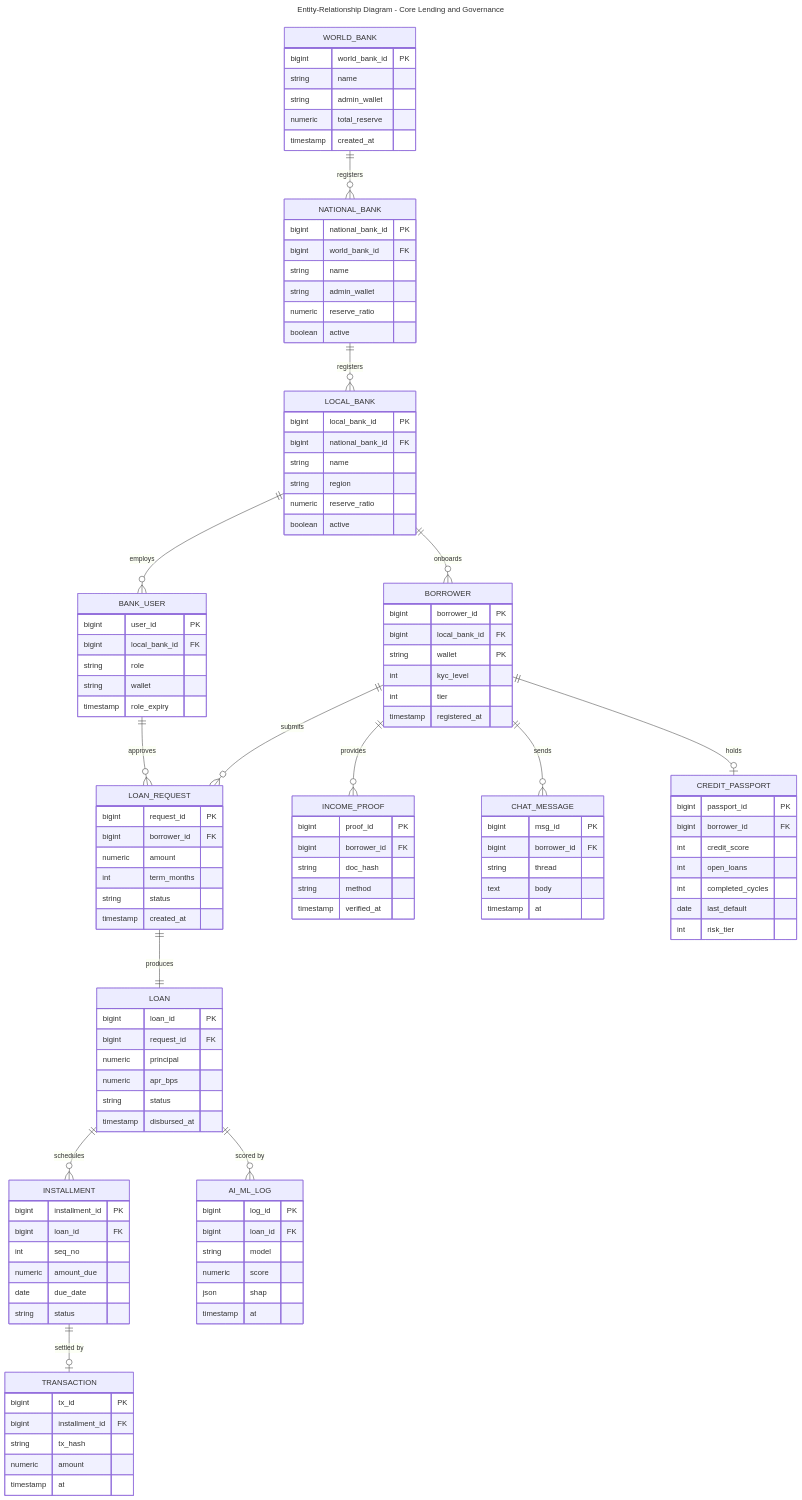
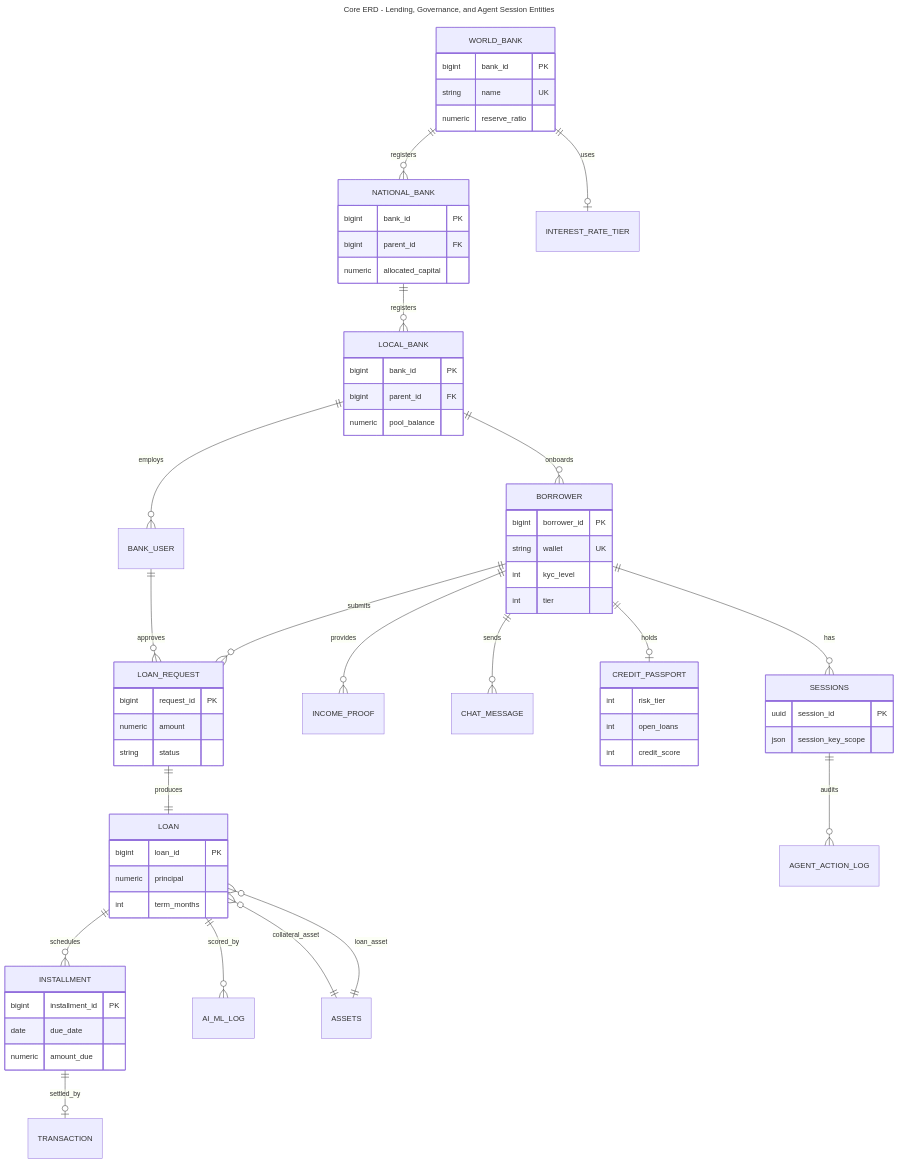
The diagram in Documentation/Diagrams/mermaid-src/improved diagrams/fig-erd-core.mmd (Yuvraajrahman/Cryto-World-Bank), drawn with Mermaid before and after one commit. The commit also changed 272 other files, not shown here.

Commit message:
Diagram Updates

```diff
--- a/Documentation/Diagrams/mermaid-src/improved diagrams/fig-erd-core.mmd
+++ b/Documentation/Diagrams/mermaid-src/improved diagrams/fig-erd-core.mmd
@@ -1,118 +1,72 @@
 ---
-title: Entity-Relationship Diagram - Core Lending and Governance
+title: Core ERD - Lending, Governance, and Agent Session Entities
+config:
+  er:
+    fontSize: 24
+    entityPadding: 24
 ---
 erDiagram
     WORLD_BANK ||--o{ NATIONAL_BANK : registers
     NATIONAL_BANK ||--o{ LOCAL_BANK : registers
     LOCAL_BANK ||--o{ BANK_USER : employs
     LOCAL_BANK ||--o{ BORROWER : onboards
     BORROWER ||--o{ LOAN_REQUEST : submits
     BANK_USER ||--o{ LOAN_REQUEST : approves
     LOAN_REQUEST ||--|| LOAN : produces
-    LOAN ||--o{ INSTALLMENT : "schedules"
-    INSTALLMENT ||--o| TRANSACTION : "settled by"
+    LOAN ||--o{ INSTALLMENT : schedules
+    INSTALLMENT ||--o| TRANSACTION : settled_by
     BORROWER ||--o{ INCOME_PROOF : provides
     BORROWER ||--o{ CHAT_MESSAGE : sends
-    LOAN ||--o{ AI_ML_LOG : "scored by"
+    LOAN ||--o{ AI_ML_LOG : scored_by
     BORROWER ||--o| CREDIT_PASSPORT : holds
+    BORROWER ||--o{ SESSIONS : has
+    SESSIONS ||--o{ AGENT_ACTION_LOG : audits
+    WORLD_BANK ||--o| INTEREST_RATE_TIER : uses
+    LOAN }o--|| ASSETS : collateral_asset
+    LOAN }o--|| ASSETS : loan_asset
 
     WORLD_BANK {
-        bigint world_bank_id PK
-        string name
-        string admin_wallet
-        numeric total_reserve
-        timestamp created_at
+        bigint bank_id PK
+        string name UK
+        numeric reserve_ratio
     }
     NATIONAL_BANK {
-        bigint national_bank_id PK
-        bigint world_bank_id FK
-        string name
-        string admin_wallet
-        numeric reserve_ratio
-        boolean active
+        bigint bank_id PK
+        bigint parent_id FK
+        numeric allocated_capital
     }
     LOCAL_BANK {
-        bigint local_bank_id PK
-        bigint national_bank_id FK
-        string name
-        string region
-        numeric reserve_ratio
-        boolean active
-    }
-    BANK_USER {
-        bigint user_id PK
-        bigint local_bank_id FK
-        string role
-        string wallet
-        timestamp role_expiry
+        bigint bank_id PK
+        bigint parent_id FK
+        numeric pool_balance
     }
     BORROWER {
         bigint borrower_id PK
-        bigint local_bank_id FK
-        string wallet PK
-        int    kyc_level
-        int    tier
-        timestamp registered_at
+        string wallet UK
+        int kyc_level
+        int tier
     }
     LOAN_REQUEST {
         bigint request_id PK
-        bigint borrower_id FK
         numeric amount
-        int    term_months
         string status
-        timestamp created_at
     }
     LOAN {
         bigint loan_id PK
-        bigint request_id FK
         numeric principal
-        numeric apr_bps
-        string status
-        timestamp disbursed_at
+        int term_months
     }
     INSTALLMENT {
         bigint installment_id PK
-        bigint loan_id FK
-        int seq_no
+        date due_date
         numeric amount_due
-        date due_date
-        string status
-    }
-    TRANSACTION {
-        bigint tx_id PK
-        bigint installment_id FK
-        string tx_hash
-        numeric amount
-        timestamp at
-    }
-    INCOME_PROOF {
-        bigint proof_id PK
-        bigint borrower_id FK
-        string doc_hash
-        string method
-        timestamp verified_at
-    }
-    CHAT_MESSAGE {
-        bigint msg_id PK
-        bigint borrower_id FK
-        string thread
-        text body
-        timestamp at
-    }
-    AI_ML_LOG {
-        bigint log_id PK
-        bigint loan_id FK
-        string model
-        numeric score
-        json   shap
-        timestamp at
     }
     CREDIT_PASSPORT {
-        bigint passport_id PK
-        bigint borrower_id FK
-        int    credit_score
-        int    open_loans
-        int    completed_cycles
-        date   last_default
-        int    risk_tier
+        int risk_tier
+        int open_loans
+        int credit_score
     }
+    SESSIONS {
+        uuid session_id PK
+        json session_key_scope
+    }
```
